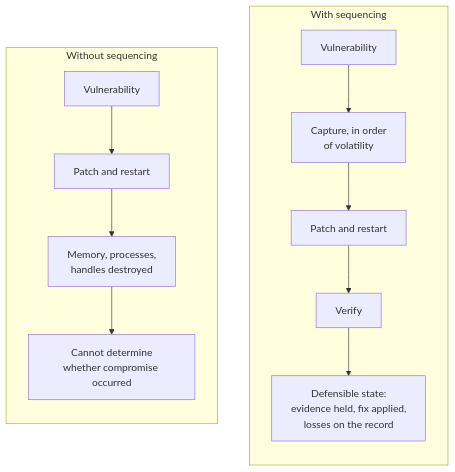
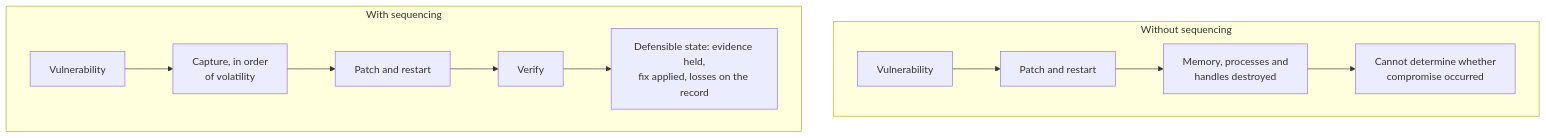
The first of 2 diagrams in README.md (het-P301204/TOURNIQUET), drawn with Mermaid before and after one commit. The commit also changed other lines of this file, not shown here.

First line of the commit message:
Fix the Mermaid diagrams so GitHub renders them

````diff
--- a/README.md
+++ b/README.md
@@ -49,19 +49,17 @@
 ```mermaid
-flowchart LR
-    subgraph without ["Without sequencing"]
-        direction TB
+flowchart TB
+    subgraph S1 ["Without sequencing"]
+        direction LR
         V1[Vulnerability] --> P1[Patch and restart]
-        P1 --> D1[Memory, processes,<br/>handles destroyed]
-        D1 --> U1[Cannot determine<br/>whether compromise occurred]
+        P1 --> D1["Memory, processes and<br/>handles destroyed"]
+        D1 --> U1["Cannot determine whether<br/>compromise occurred"]
     end
 
-    subgraph with ["With sequencing"]
-        direction TB
-        V2[Vulnerability] --> C2[Capture, in order<br/>of volatility]
+    subgraph S2 ["With sequencing"]
+        direction LR
+        V2[Vulnerability] --> C2["Capture, in order<br/>of volatility"]
         C2 --> P2[Patch and restart]
         P2 --> R2[Verify]
-        R2 --> K2[Defensible state:<br/>evidence held, fix applied,<br/>losses on the record]
+        R2 --> K2["Defensible state: evidence held,<br/>fix applied, losses on the record"]
     end
-
-    without ~~~ with
 ```
````
